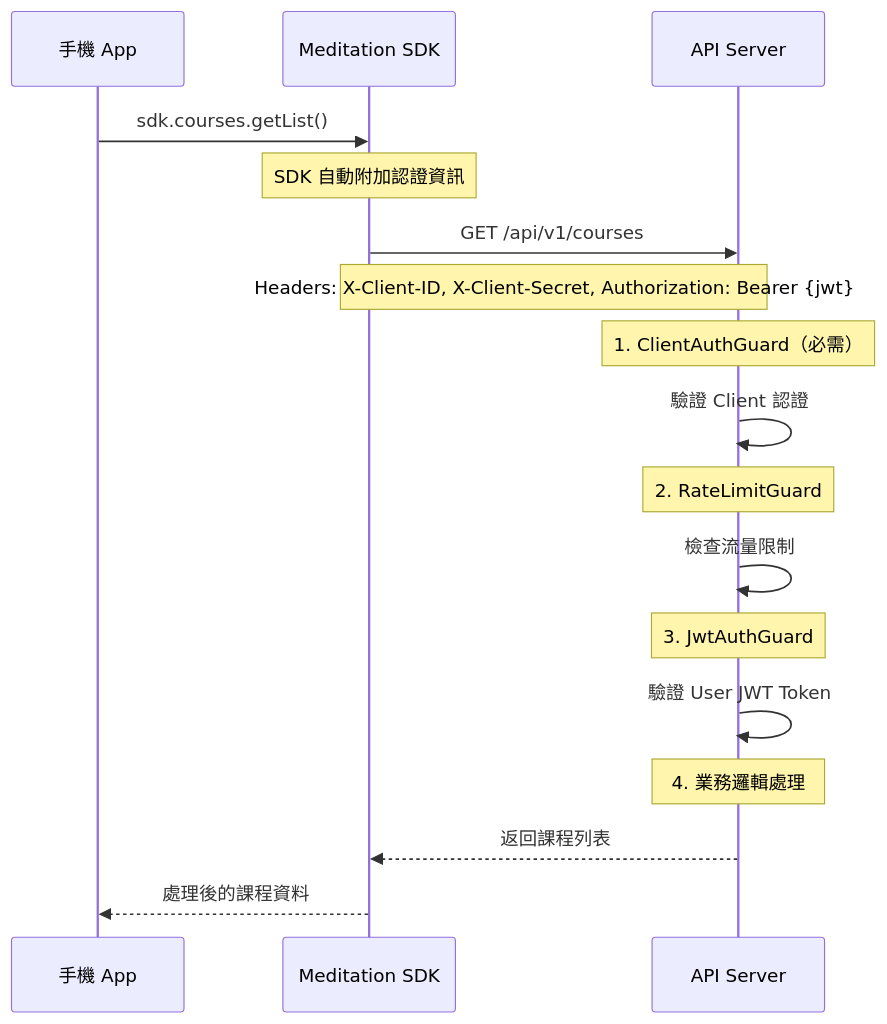
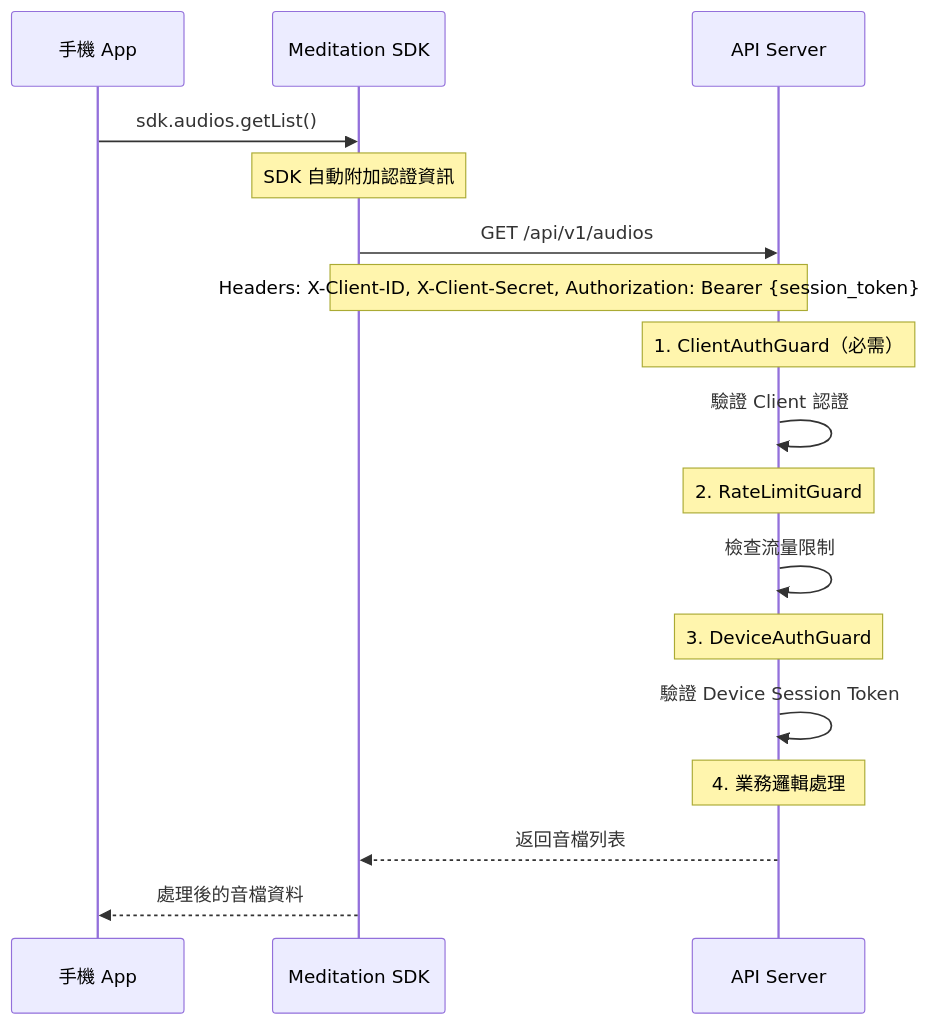
The fourth of 4 diagrams in docs/authentication-flow.md (kevintu117/meditation-plan), drawn with Mermaid before and after one commit. The commit also changed other lines of this file and 6 other files, not shown here.

````diff
--- a/docs/authentication-flow.md
+++ b/docs/authentication-flow.md
@@ -283,25 +165,25 @@
 ```mermaid
 sequenceDiagram
     participant App as 手機 App
     participant SDK as Meditation SDK
     participant API as API Server
 
-    App->>SDK: sdk.courses.getList()
+    App->>SDK: sdk.audios.getList()
     
     Note over SDK: SDK 自動附加認證資訊
-    SDK->>API: GET /api/v1/courses
-    Note over SDK,API: Headers: X-Client-ID, X-Client-Secret, Authorization: Bearer {jwt}
+    SDK->>API: GET /api/v1/audios
+    Note over SDK,API: Headers: X-Client-ID, X-Client-Secret, Authorization: Bearer {session_token}
     
     Note over API: 1. ClientAuthGuard（必需）
     API->>API: 驗證 Client 認證
     
     Note over API: 2. RateLimitGuard
     API->>API: 檢查流量限制
     
-    Note over API: 3. JwtAuthGuard
-    API->>API: 驗證 User JWT Token
+    Note over API: 3. DeviceAuthGuard
+    API->>API: 驗證 Device Session Token
     
     Note over API: 4. 業務邏輯處理
-    API-->>SDK: 返回課程列表
-    SDK-->>App: 處理後的課程資料
+    API-->>SDK: 返回音檔列表
+    SDK-->>App: 處理後的音檔資料
 ```
````
